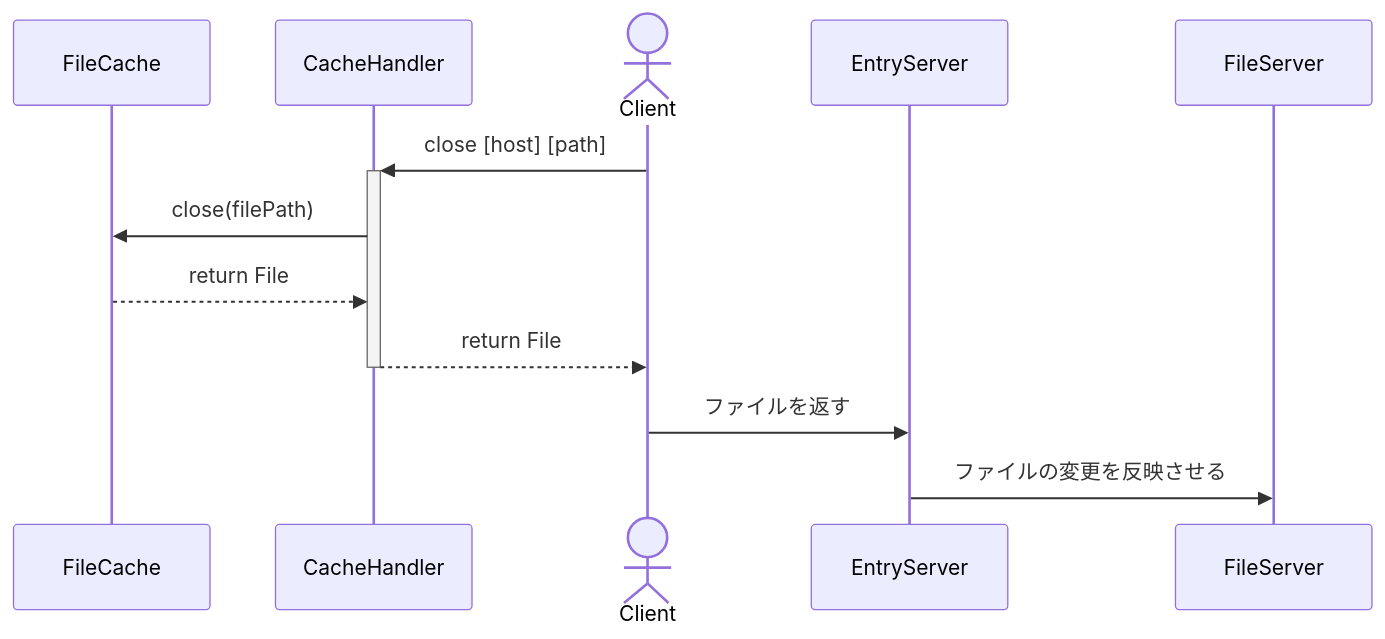
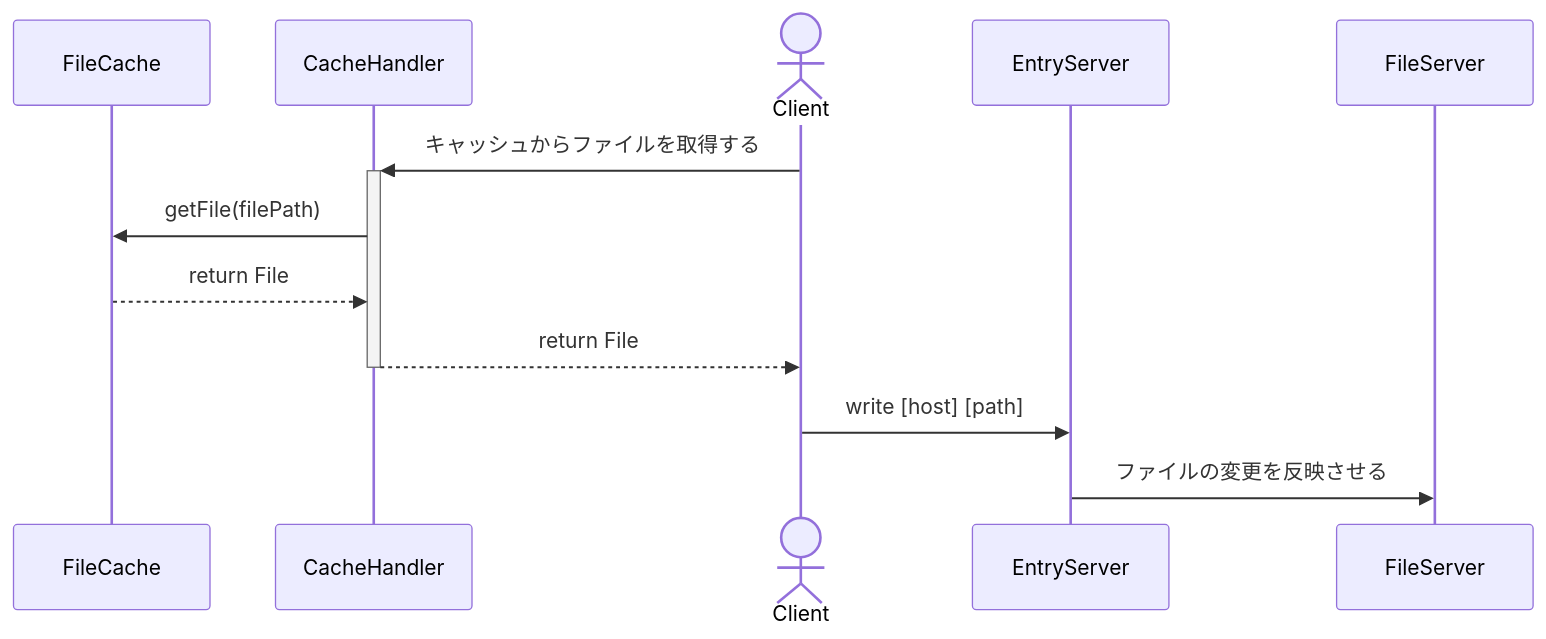
Before and after one commit to kaitokimuraofficial/distributed-file-systems: the second of 4 diagrams in diagram/sequence.md, drawn with Mermaid. The commit also changed other lines of this file, not shown here.

````diff
--- a/diagram/sequence.md
+++ b/diagram/sequence.md
@@ -20,16 +20,16 @@
 ```mermaid
 sequenceDiagram
 
   participant FC as FileCache
   participant CH as CacheHandler
   actor C as Client
   participant ES as EntryServer　
   participant FS as FileServer
 
-  C->>+CH: close [host] [path]
-  CH->>FC: close(filePath)
+  C->>+CH: キャッシュからファイルを取得する
+  CH->>FC: getFile(filePath)
   FC-->>CH: return File
   CH-->>-C: return File
-  C->>ES: ファイルを返す
+  C->>ES: write [host] [path]
   ES->>FS: ファイルの変更を反映させる
 ```
````
